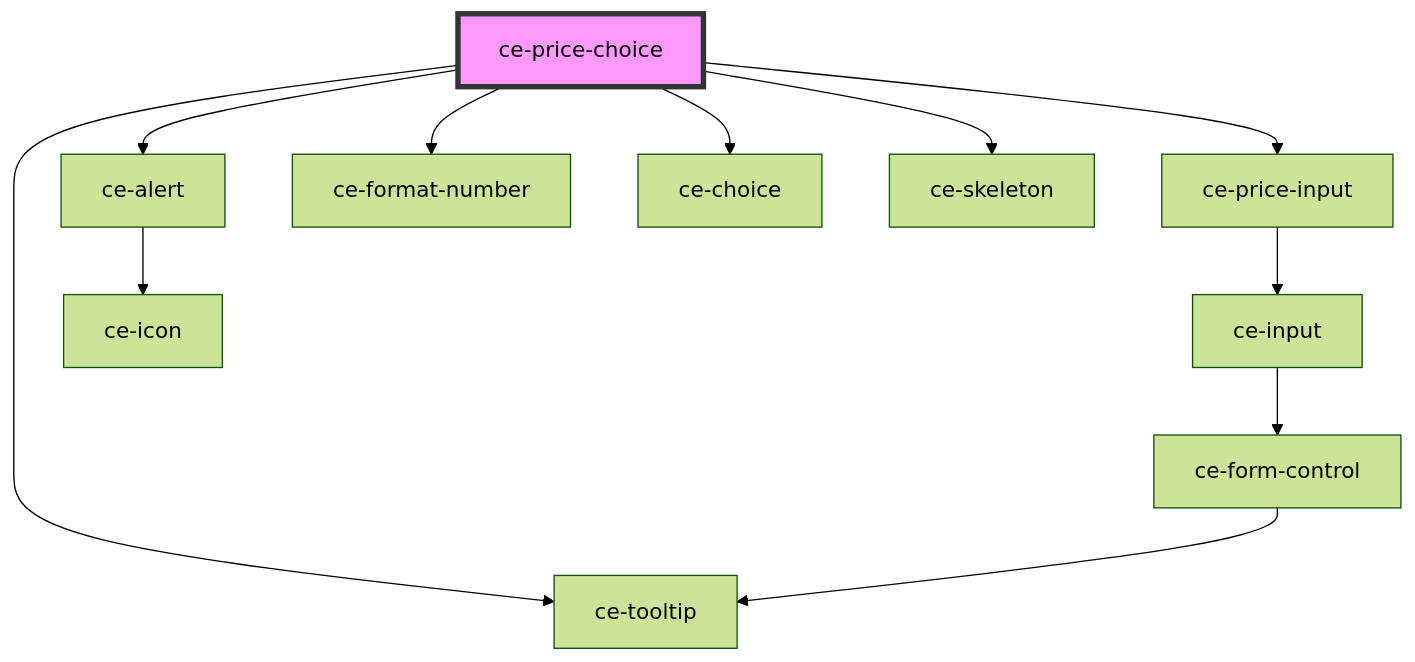
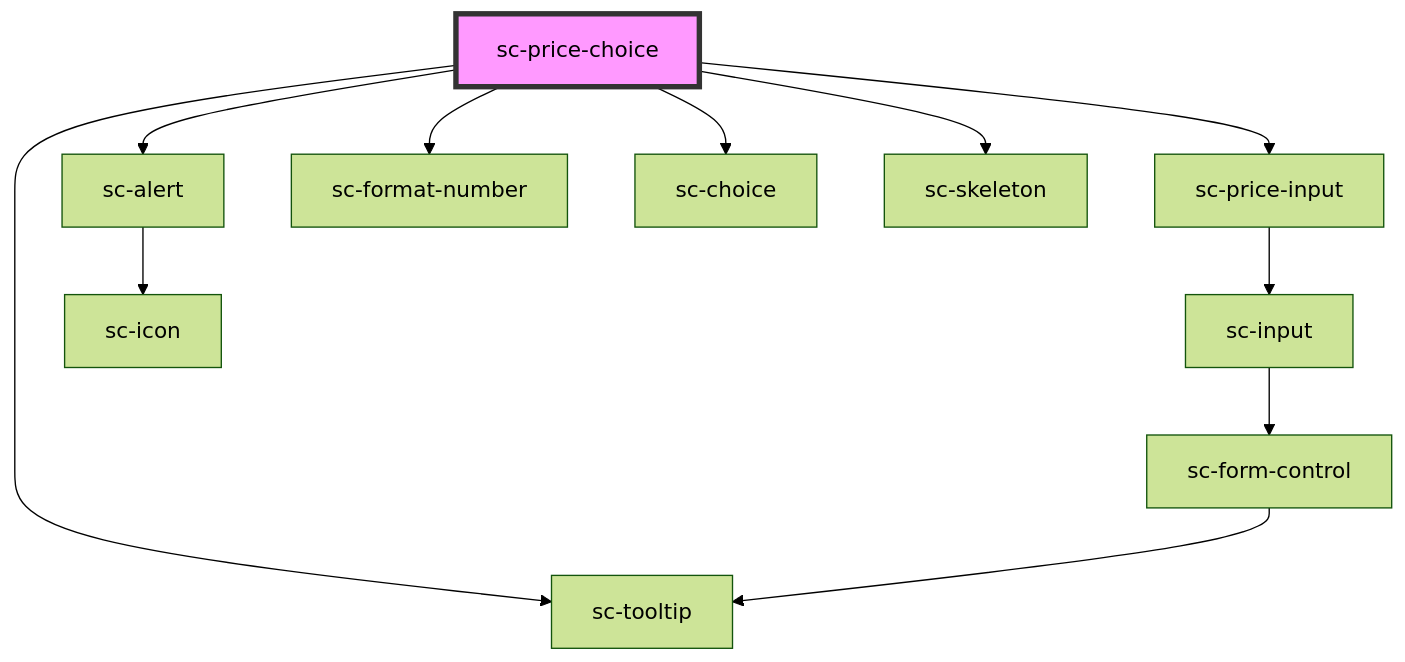
Before and after one commit to surecart/surecart-wp-plugin: the diagram in packages/components/src/components/controllers/checkout-form/price-choice/readme.md, drawn with Mermaid (forest theme). The commit also changed other lines of this file and 1281 other files, not shown here.

````diff
--- a/packages/components/src/components/controllers/checkout-form/price-choice/readme.md
+++ b/packages/components/src/components/controllers/checkout-form/price-choice/readme.md
@@ -51,14 +51,14 @@
 ```mermaid
 graph TD;
-  ce-price-choice --> ce-price-input
-  ce-price-choice --> ce-alert
-  ce-price-choice --> ce-format-number
-  ce-price-choice --> ce-choice
-  ce-price-choice --> ce-skeleton
-  ce-price-choice --> ce-tooltip
-  ce-price-input --> ce-input
-  ce-input --> ce-form-control
-  ce-form-control --> ce-tooltip
-  ce-alert --> ce-icon
-  style ce-price-choice fill:#f9f,stroke:#333,stroke-width:4px
+  sc-price-choice --> sc-price-input
+  sc-price-choice --> sc-alert
+  sc-price-choice --> sc-format-number
+  sc-price-choice --> sc-choice
+  sc-price-choice --> sc-skeleton
+  sc-price-choice --> sc-tooltip
+  sc-price-input --> sc-input
+  sc-input --> sc-form-control
+  sc-form-control --> sc-tooltip
+  sc-alert --> sc-icon
+  style sc-price-choice fill:#f9f,stroke:#333,stroke-width:4px
 ```
````
